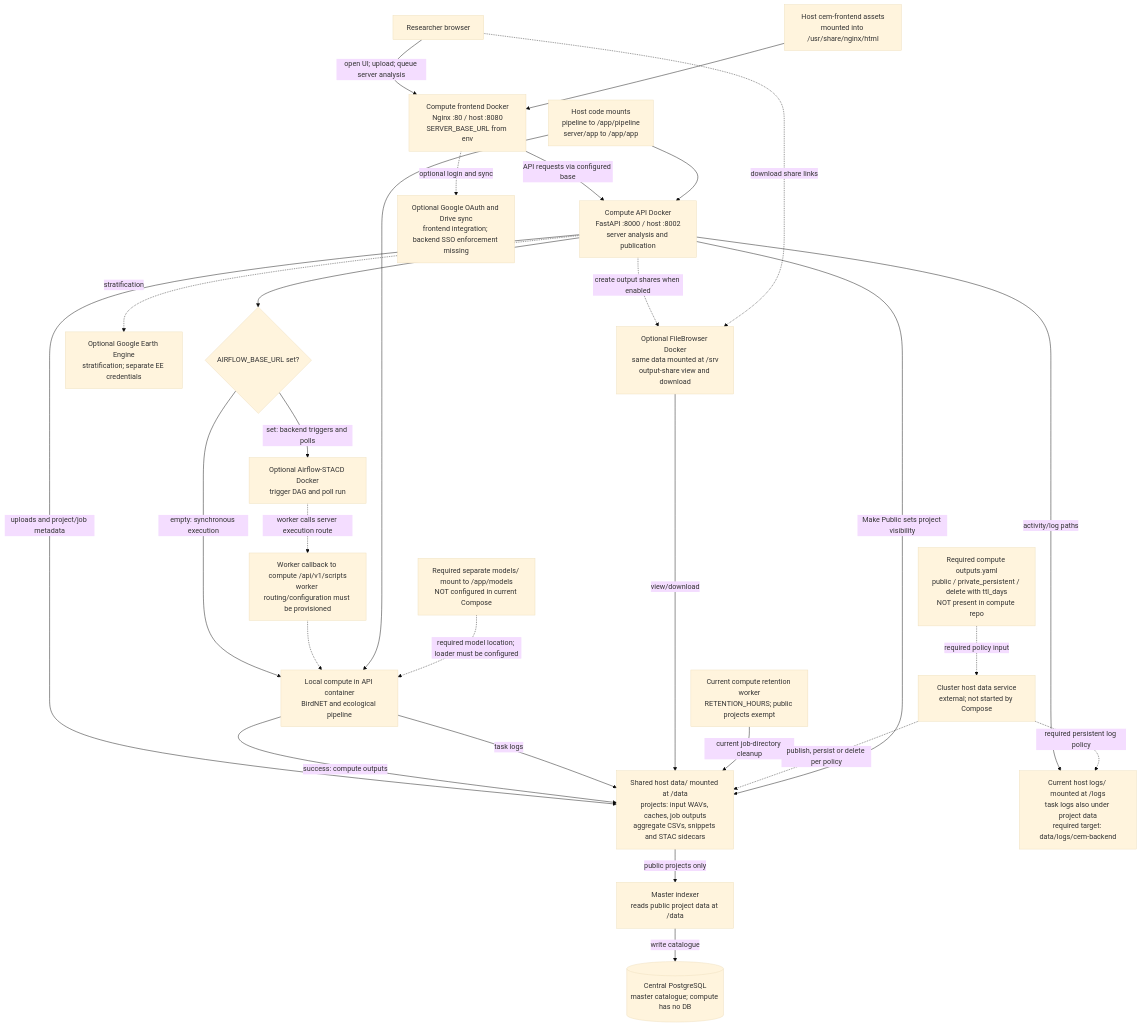
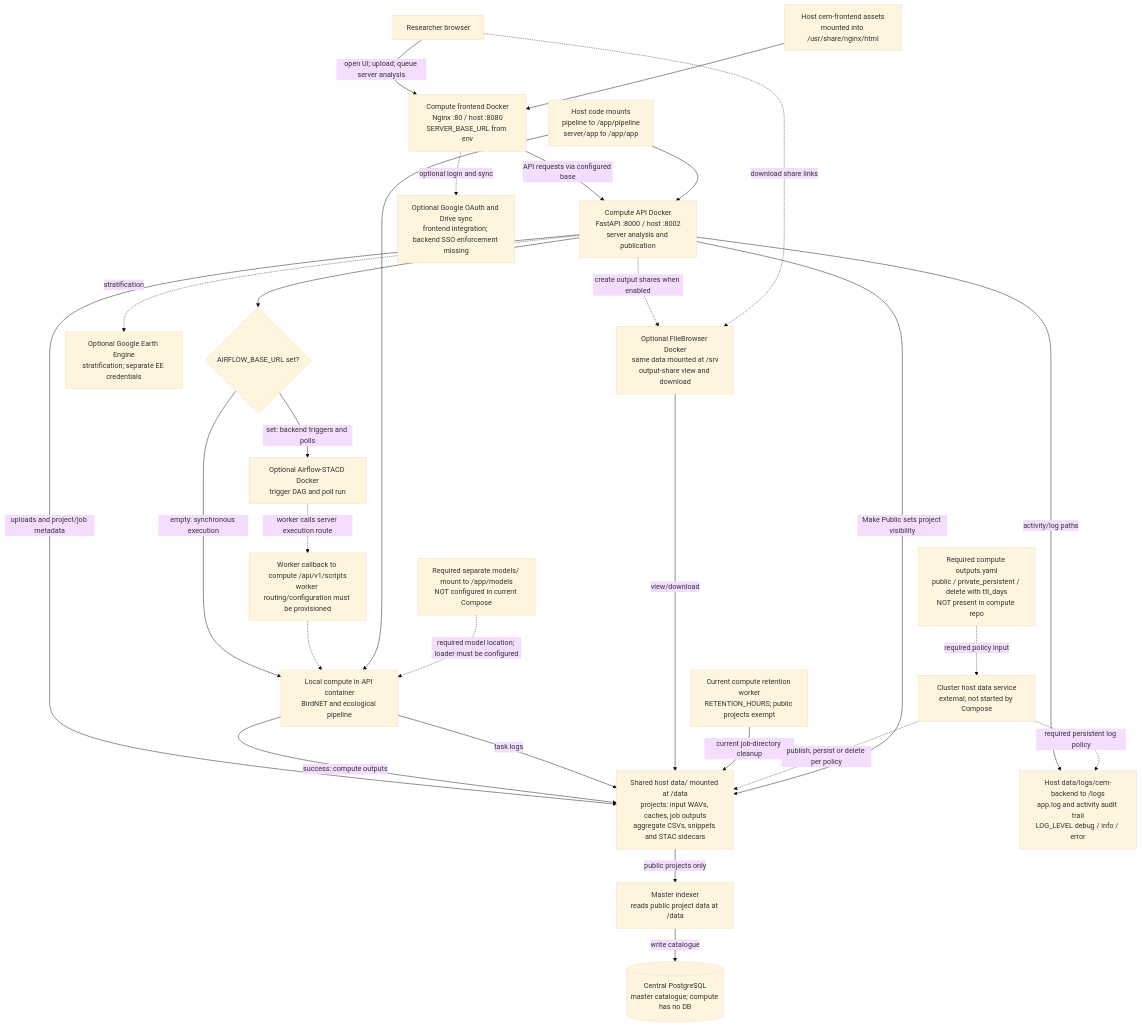
The diagram in README.md (err400/cem-backend), drawn with Mermaid (base theme) before and after one commit. The commit also changed other lines of this file and 8 other files, not shown here.

````diff
--- a/README.md
+++ b/README.md
@@ -16,51 +16,51 @@
 ```mermaid
 flowchart TB
     Browser["Researcher browser"]
     UI["Compute frontend Docker<br/>Nginx :80 / host :8080<br/>SERVER_BASE_URL from env"]
     API["Compute API Docker<br/>FastAPI :8000 / host :8002<br/>server analysis and publication"]
     Dispatch{"AIRFLOW_BASE_URL set?"}
     Local["Local compute in API container<br/>BirdNET and ecological pipeline"]
     Airflow["Optional Airflow-STACD Docker<br/>trigger DAG and poll run"]
     Callback["Worker callback to compute /api/v1/scripts<br/>worker routing/configuration must be provisioned"]
     Code["Host code mounts<br/>pipeline to /app/pipeline<br/>server/app to /app/app"]
     UICode["Host cem-frontend assets<br/>mounted into /usr/share/nginx/html"]
     Models["Required separate models/ mount to /app/models<br/>NOT configured in current Compose"]
     Data["Shared host data/ mounted at /data<br/>projects: input WAVs, caches, job outputs<br/>aggregate CSVs, snippets and STAC sidecars"]
-    Logs["Current host logs/ mounted at /logs<br/>task logs also under project data<br/>required target: data/logs/cem-backend"]
+    Logs["Host data/logs/cem-backend to /logs<br/>app.log and activity audit trail<br/>LOG_LEVEL debug / info / error"]
     GEE["Optional Google Earth Engine<br/>stratification; separate EE credentials"]
     Drive["Optional Google OAuth and Drive sync<br/>frontend integration; backend SSO enforcement missing"]
     FB["Optional FileBrowser Docker<br/>same data mounted at /srv<br/>output-share view and download"]
     Sweep["Current compute retention worker<br/>RETENTION_HOURS; public projects exempt"]
     Policy["Required compute outputs.yaml<br/>public / private_persistent / delete with ttl_days<br/>NOT present in compute repo"]
     HostService["Cluster host data service<br/>external; not started by Compose"]
     Master["Master indexer<br/>reads public project data at /data"]
     DB[("Central PostgreSQL<br/>master catalogue; compute has no DB")]
 
     Browser -->|"open UI; upload; queue server analysis"| UI
     UI -->|"API requests via configured base"| API
     UI -.->|"optional login and sync"| Drive
     API --> Dispatch
     Dispatch -->|"empty: synchronous execution"| Local
     Dispatch -->|"set: backend triggers and polls"| Airflow
     Airflow -.->|"worker calls server execution route"| Callback
     Callback -.-> Local
     Code --> API
     Code --> Local
     UICode --> UI
     Models -.->|"required model location; loader must be configured"| Local
     API -->|"uploads and project/job metadata"| Data
     Local -->|"success: compute outputs"| Data
     API -->|"activity/log paths"| Logs
     Local -->|"task logs"| Data
     API -.->|"stratification"| GEE
     API -.->|"create output shares when enabled"| FB
     Browser -.->|"download share links"| FB
     FB -->|"view/download"| Data
     Sweep -->|"current job-directory cleanup"| Data
     Policy -.->|"required policy input"| HostService
     HostService -.->|"publish, persist or delete per policy"| Data
     HostService -.->|"required persistent log policy"| Logs
     API -->|"Make Public sets project visibility"| Data
     Data -->|"public projects only"| Master
     Master -->|"write catalogue"| DB
 ```
````
